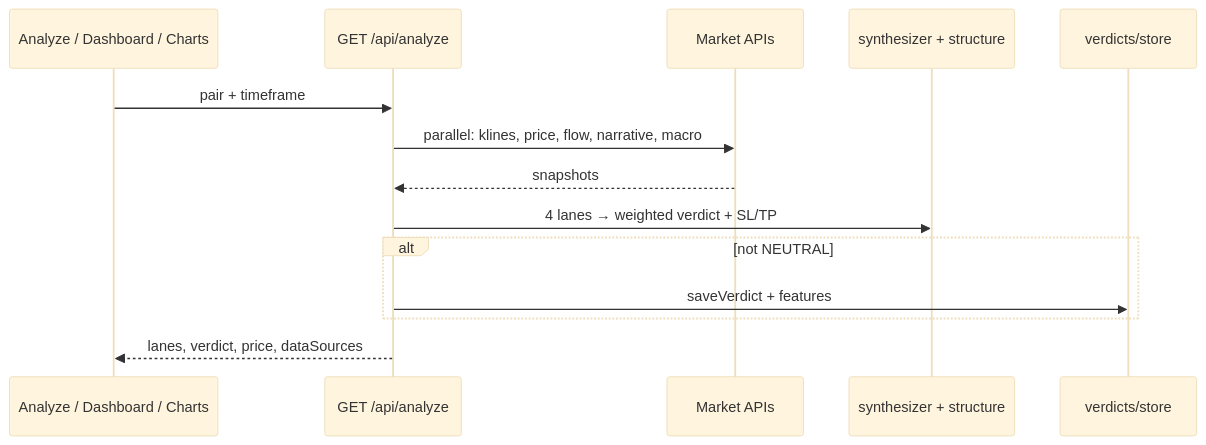
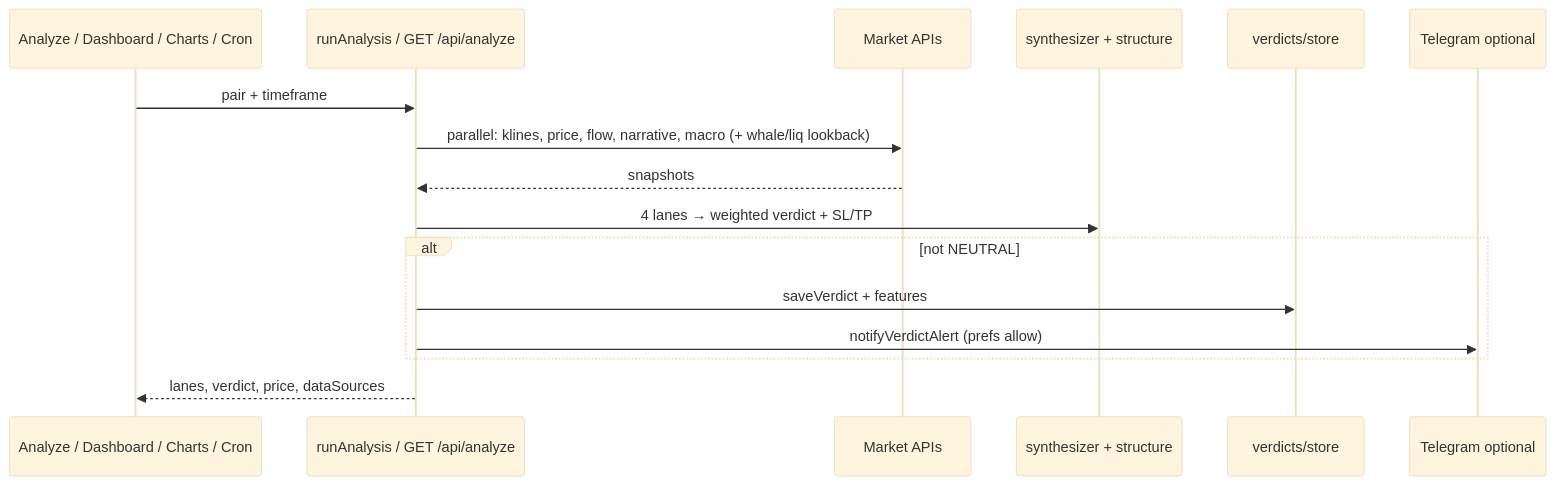
The second of 4 diagrams in docs/PROJECT.md (bistdheerendra/crypto-tracker), drawn with Mermaid (base theme) before and after one commit. The commit also changed other lines of this file and 17 other files, not shown here.

````diff
--- a/docs/PROJECT.md
+++ b/docs/PROJECT.md
@@ -116,17 +118,19 @@
 ```mermaid
 sequenceDiagram
-  participant UI as Analyze / Dashboard / Charts
-  participant API as GET /api/analyze
+  participant UI as Analyze / Dashboard / Charts / Cron
+  participant API as runAnalysis / GET /api/analyze
   participant Ext as Market APIs
   participant Synth as synthesizer + structure
   participant Store as verdicts/store
+  participant TG as Telegram optional
 
   UI->>API: pair + timeframe
-  API->>Ext: parallel: klines, price, flow, narrative, macro
+  API->>Ext: parallel: klines, price, flow, narrative, macro (+ whale/liq lookback)
   Ext-->>API: snapshots
   API->>Synth: 4 lanes → weighted verdict + SL/TP
   alt not NEUTRAL
     API->>Store: saveVerdict + features
+    API->>TG: notifyVerdictAlert (prefs allow)
   end
   API-->>UI: lanes, verdict, price, dataSources
 ```
````
